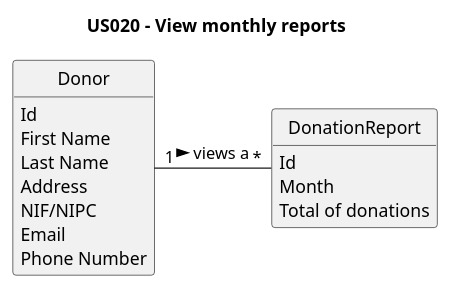
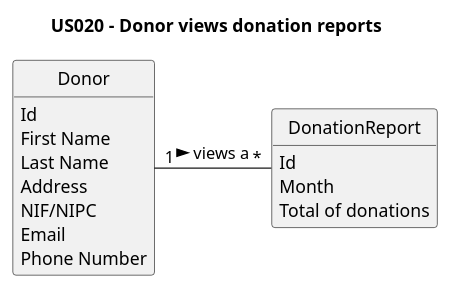
Before and after one commit to tbarracha/Upskill-Sprint-2-Gladly-Given: the diagram in javaSprint2GladlyGiven/Docs/UseCases/uc020/analysis/us020-DM.puml, drawn with PlantUML. The commit also changed 30 other files, not shown here.

```diff
--- a/javaSprint2GladlyGiven/Docs/UseCases/uc020/analysis/us020-DM.puml
+++ b/javaSprint2GladlyGiven/Docs/UseCases/uc020/analysis/us020-DM.puml
@@ -1,32 +1,32 @@
 @startuml
 skinparam monochrome true
 skinparam packageStyle rectangle
 skinparam shadowing false
 
 skinparam classAttributeIconSize 0
 
 hide circle
 hide methods
 
-title US020 - View monthly reports
+title US020 - Donor views donation reports
 
 class DonationReport {
     Id
     Month
     Total of donations
 }
 
 class Donor {
     Id
     First Name
     Last Name
     Address
     NIF/NIPC
     Email
     Phone Number
 }
 
 
 Donor "1   " - "   *" DonationReport : views a >
 
 @enduml
```
